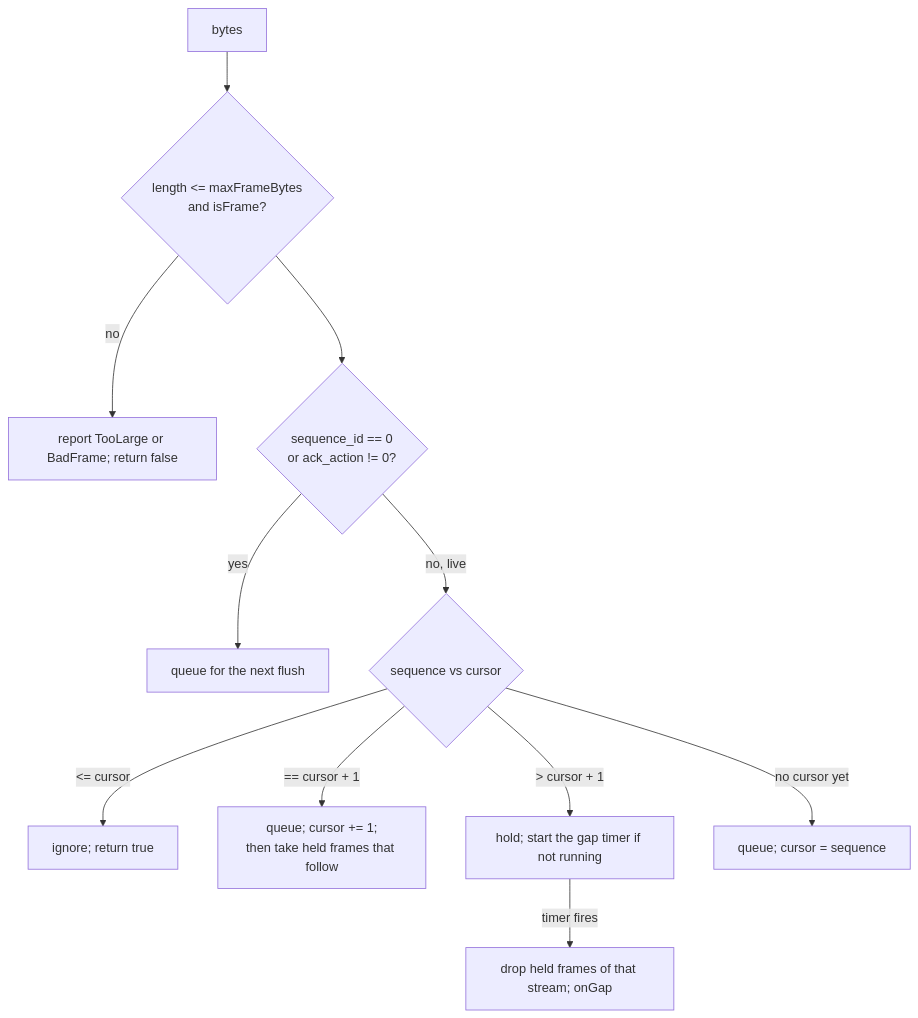
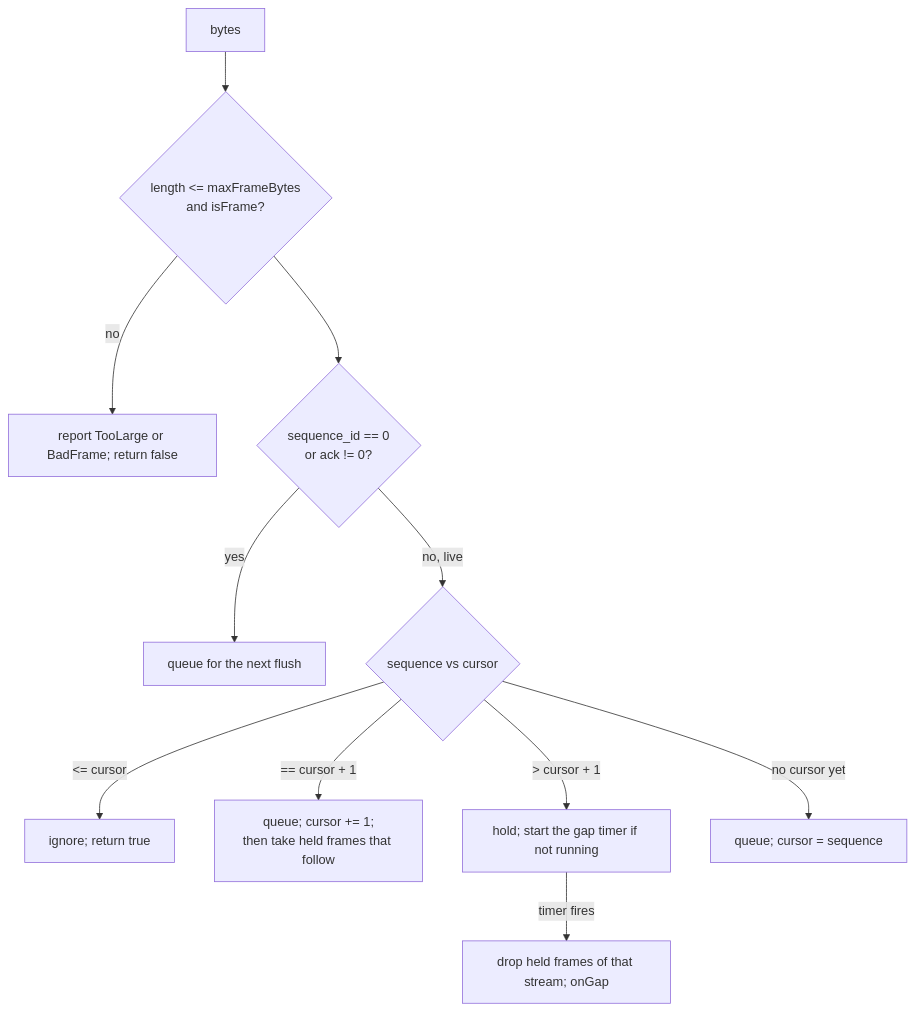
Before and after one commit to ewe-studios/ewe_platform: the diagram in specifications/69-foundation-ui-v2/features/09-web-frame-applicator/feature.md, drawn with Mermaid. The commit also changed other lines of this file and 21 other files, not shown here.

````diff
--- a/specifications/69-foundation-ui-v2/features/09-web-frame-applicator/feature.md
+++ b/specifications/69-foundation-ui-v2/features/09-web-frame-applicator/feature.md
@@ -361,13 +394,13 @@
 ```mermaid
 flowchart TD
     B[bytes] --> S{length <= maxFrameBytes<br/>and isFrame?}
     S -->|no| RB[report TooLarge or BadFrame; return false]
-    S --> O{sequence_id == 0<br/>or ack_action != 0?}
+    S --> O{sequence_id == 0<br/>or ack != 0?}
     O -->|yes| Q[queue for the next flush]
     O -->|no, live| C{sequence vs cursor}
     C -->|<= cursor| IG[ignore; return true]
     C -->|== cursor + 1| Q2[queue; cursor += 1;<br/>then take held frames that follow]
     C -->|> cursor + 1| H[hold; start the gap timer if not running]
     C -->|no cursor yet| Q3[queue; cursor = sequence]
     H -->|timer fires| GAP[drop held frames of that stream; onGap]
 ```
````
